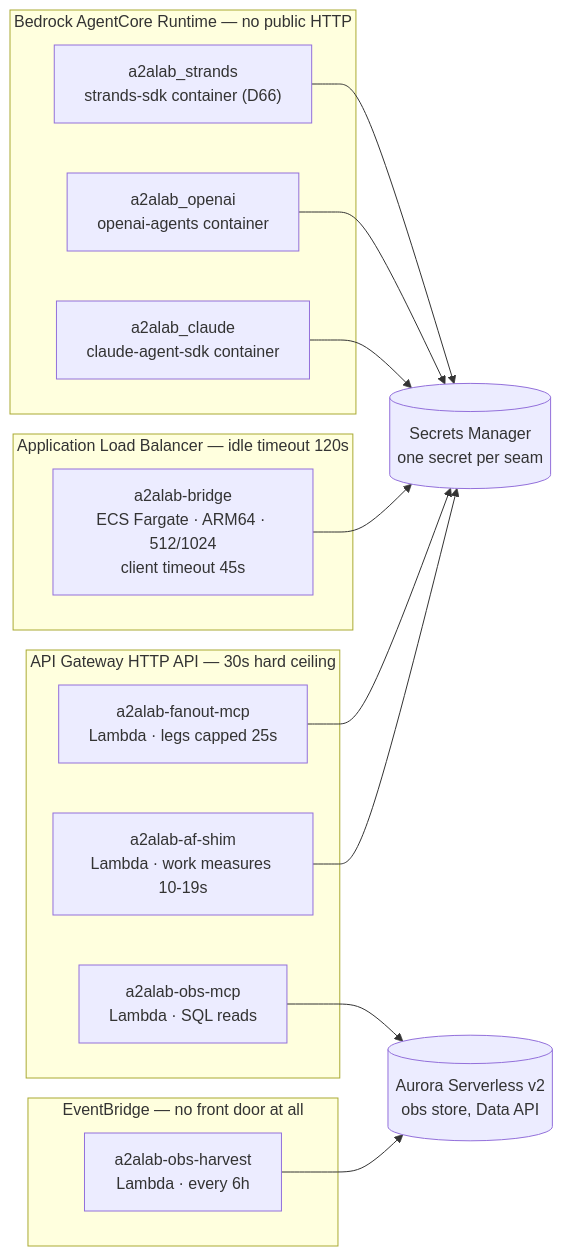
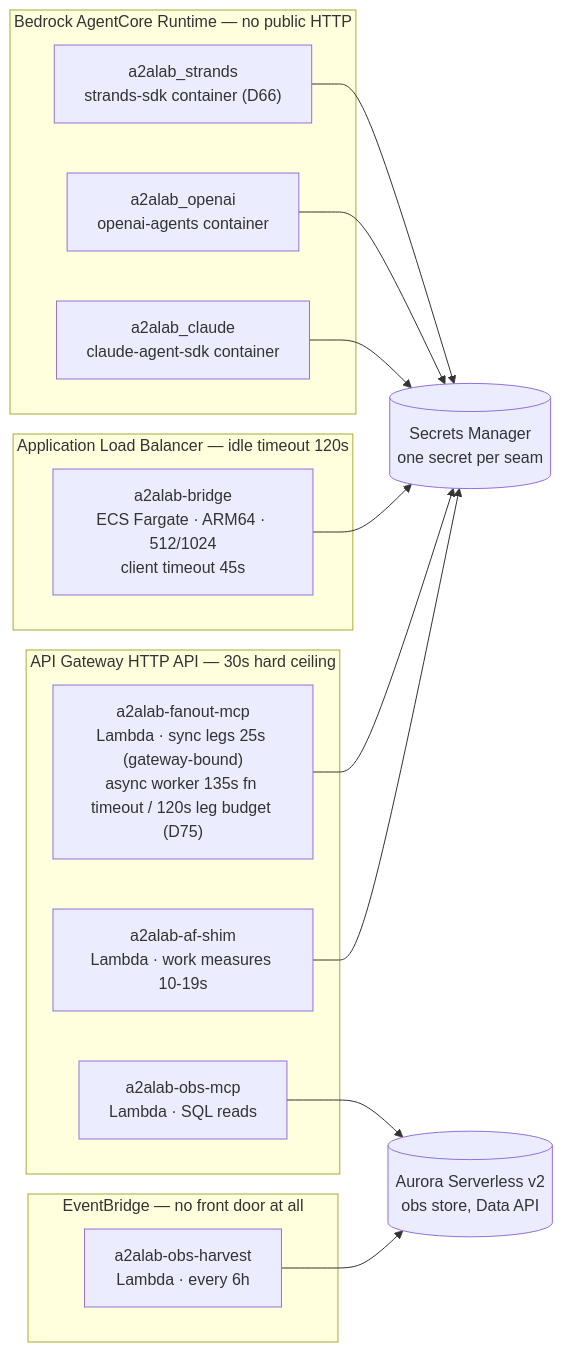
The third of 11 diagrams in plan/09-deployment-map.md (congmingwudi/a2a-lab), drawn with Mermaid before and after one commit. The commit also changed other lines of this file and 3 other files, not shown here.

````diff
--- a/plan/09-deployment-map.md
+++ b/plan/09-deployment-map.md
@@ -232,34 +232,34 @@
 ```mermaid
 flowchart LR
   subgraph GW["API Gateway HTTP API — 30s hard ceiling"]
     SHIM["a2alab-af-shim<br/>Lambda · work measures 10-19s"]
-    FAN["a2alab-fanout-mcp<br/>Lambda · legs capped 25s"]
+    FAN["a2alab-fanout-mcp<br/>Lambda · sync legs 25s (gateway-bound)<br/>async worker 135s fn timeout / 120s leg budget (D75)"]
     OMCP["a2alab-obs-mcp<br/>Lambda · SQL reads"]
   end
 
   subgraph ALB["Application Load Balancer — idle timeout 120s"]
     BR["a2alab-bridge<br/>ECS Fargate · ARM64 · 512/1024<br/>client timeout 45s"]
   end
 
   subgraph AC["Bedrock AgentCore Runtime — no public HTTP"]
     ACC["a2alab_claude<br/>claude-agent-sdk container"]
     ACO["a2alab_openai<br/>openai-agents container"]
     ACS["a2alab_strands<br/>strands-sdk container (D66)"]
   end
 
   subgraph SCHED["EventBridge — no front door at all"]
     HARV["a2alab-obs-harvest<br/>Lambda · every 6h"]
   end
 
   STORE[("Aurora Serverless v2<br/>obs store, Data API")]
   SEC[("Secrets Manager<br/>one secret per seam")]
 
   SHIM --> SEC
   FAN --> SEC
   BR --> SEC
   ACC --> SEC
   ACO --> SEC
   ACS --> SEC
   HARV --> STORE
   OMCP --> STORE
 ```
````
